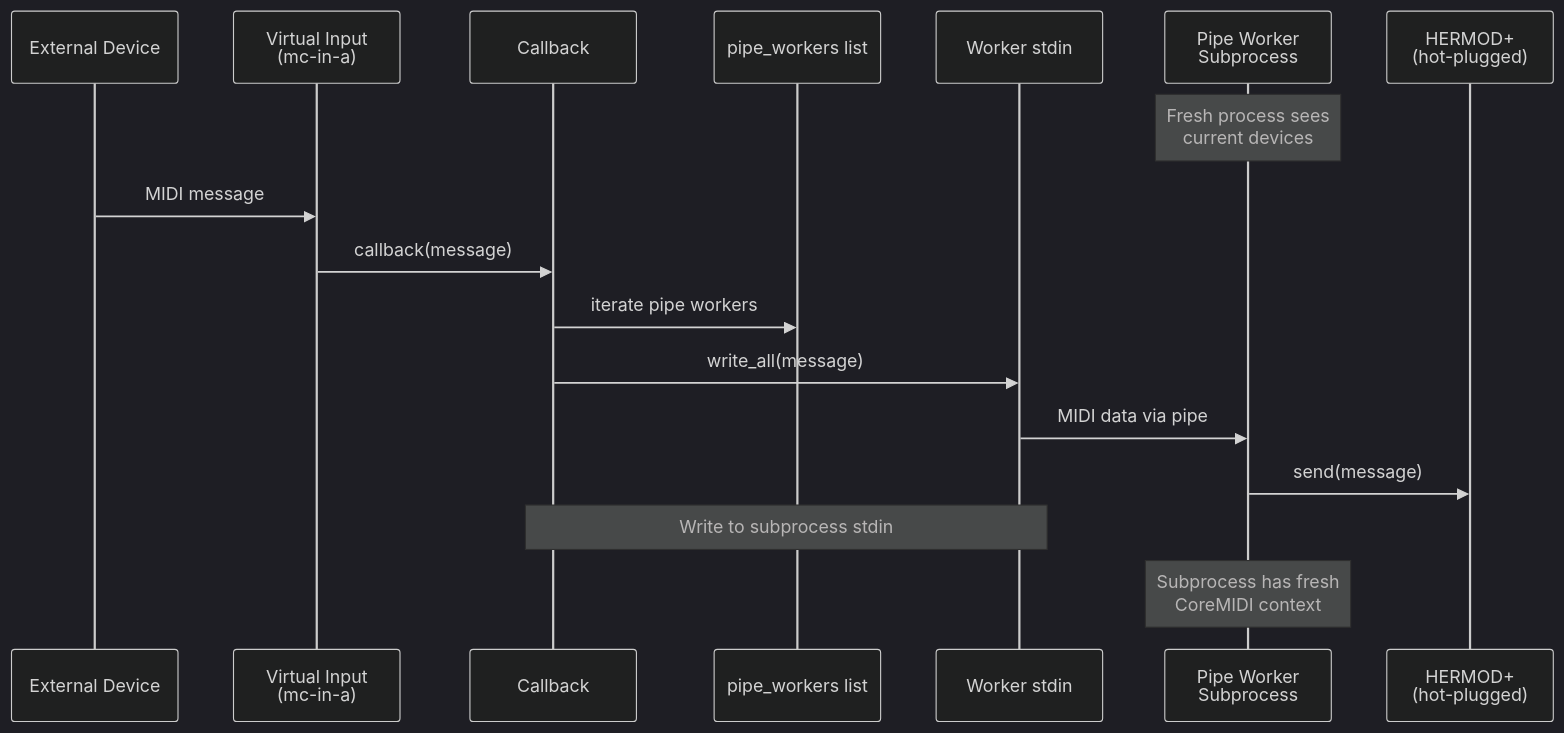
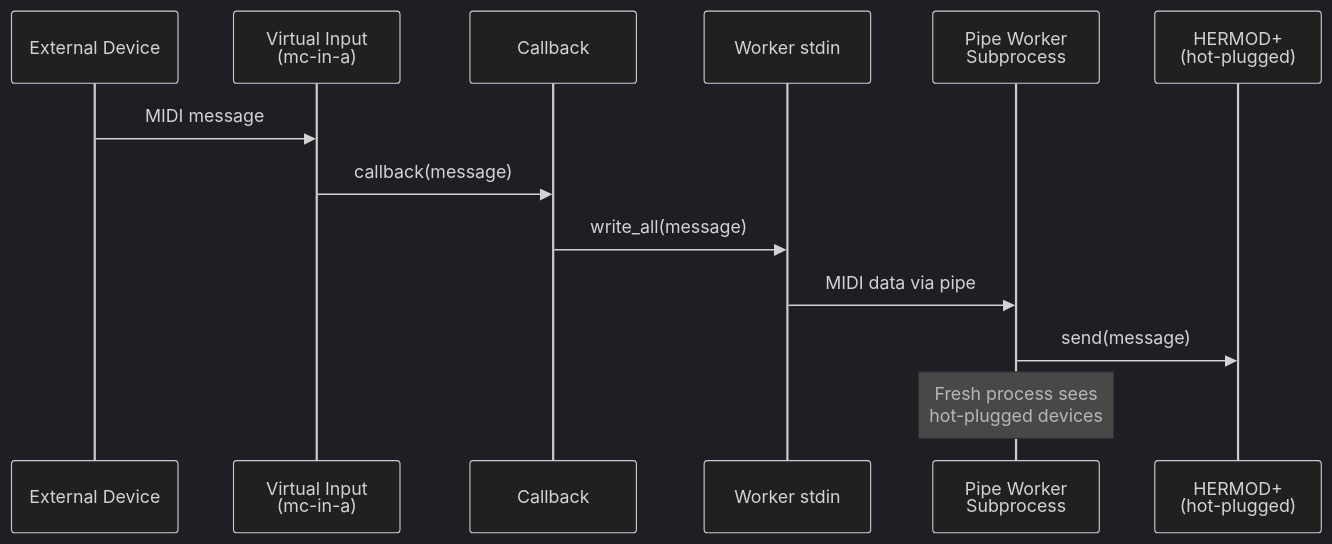
One commit to odaacabeef/midi-cable changed the third of 11 diagrams in docs/architecture.md. Above: the diagram before and after it, drawn with Mermaid (dark theme). The commit also changed other lines of this file, not shown here.

````diff
--- a/docs/architecture.md
+++ b/docs/architecture.md
@@ -107,22 +118,17 @@
 ```mermaid
 sequenceDiagram
     participant Ext as External Device
     participant VIn as Virtual Input<br/>(mc-in-a)
     participant CB as Callback
-    participant Pipe as pipe_workers list
     participant Stdin as Worker stdin
     participant Worker as Pipe Worker<br/>Subprocess
     participant Hot as HERMOD+<br/>(hot-plugged)
 
-    Note over Worker: Fresh process sees<br/>current devices
-
     Ext->>VIn: MIDI message
     VIn->>CB: callback(message)
-    CB->>Pipe: iterate pipe workers
     CB->>Stdin: write_all(message)
     Stdin->>Worker: MIDI data via pipe
     Worker->>Hot: send(message)
 
-    Note over CB,Stdin: Write to subprocess stdin
-    Note over Worker: Subprocess has fresh<br/>CoreMIDI context
+    Note over Worker: Fresh process sees<br/>hot-plugged devices
 ```
````
